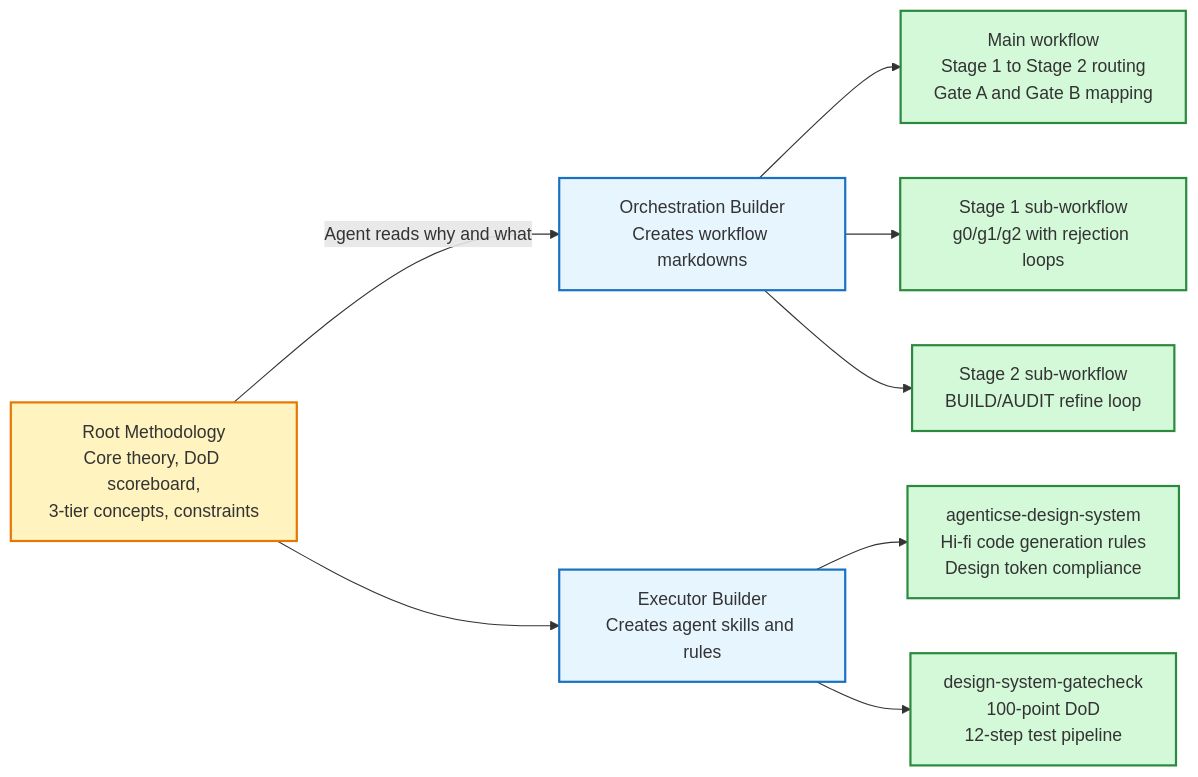
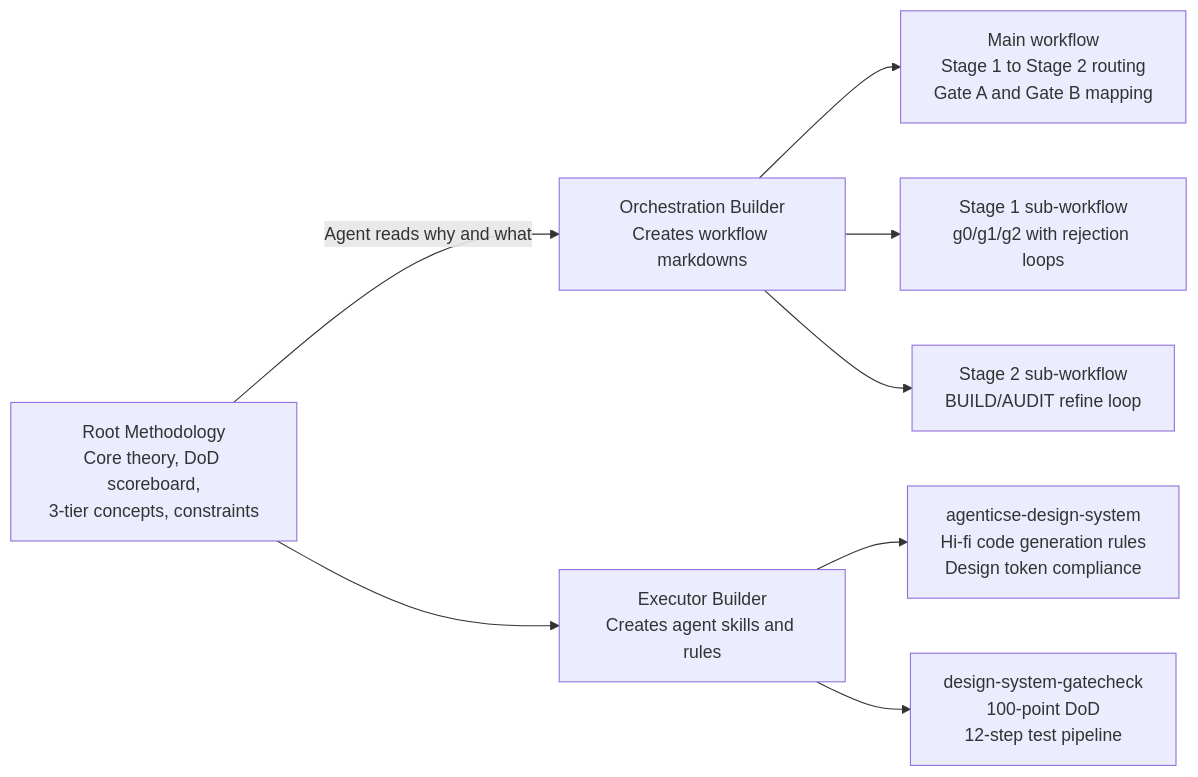
The second of 6 diagrams in docs/researches/spikes/spike-design-system-ralph-loop-agent.md (duyhunghd6/gmind), drawn with Mermaid before and after one commit. The commit also changed other lines of this file, not shown here.

First line of the commit message:
docs(spike): remove CSS styling from mermaid diagrams

````diff
--- a/docs/researches/spikes/spike-design-system-ralph-loop-agent.md
+++ b/docs/researches/spikes/spike-design-system-ralph-loop-agent.md
@@ -69,23 +65,20 @@
 ```mermaid
 flowchart LR
-  classDef source fill:#fff3bf,stroke:#e67700,stroke-width:2px;
-  classDef builder fill:#e7f5ff,stroke:#1971c2,stroke-width:2px;
-  classDef output fill:#d3f9d8,stroke:#2b8a3e,stroke-width:2px;
 
-  Spike["Root Methodology<br/>Core theory, DoD scoreboard,<br/>3-tier concepts, constraints"]:::source
-  Orchestration["Orchestration Builder<br/>Creates workflow markdowns"]:::builder
-  Executor["Executor Builder<br/>Creates agent skills and rules"]:::builder
-  Main["Main workflow<br/>Stage 1 to Stage 2 routing<br/>Gate A and Gate B mapping"]:::output
-  S1["Stage 1 sub-workflow<br/>g0/g1/g2 with rejection loops"]:::output
-  S2["Stage 2 sub-workflow<br/>BUILD/AUDIT refine loop"]:::output
-  Implementor["agenticse-design-system<br/>Hi-fi code generation rules<br/>Design token compliance"]:::output
-  Evaluator["design-system-gatecheck<br/>100-point DoD<br/>12-step test pipeline"]:::output
+  Spike["Root Methodology<br/>Core theory, DoD scoreboard,<br/>3-tier concepts, constraints"]
+  Orchestration["Orchestration Builder<br/>Creates workflow markdowns"]
+  Executor["Executor Builder<br/>Creates agent skills and rules"]
+  Main["Main workflow<br/>Stage 1 to Stage 2 routing<br/>Gate A and Gate B mapping"]
+  S1["Stage 1 sub-workflow<br/>g0/g1/g2 with rejection loops"]
+  S2["Stage 2 sub-workflow<br/>BUILD/AUDIT refine loop"]
+  Implementor["agenticse-design-system<br/>Hi-fi code generation rules<br/>Design token compliance"]
+  Evaluator["design-system-gatecheck<br/>100-point DoD<br/>12-step test pipeline"]
 
   Spike -->|Agent reads why and what| Orchestration
   Spike --> Executor
   Orchestration --> Main
   Orchestration --> S1
   Orchestration --> S2
   Executor --> Implementor
   Executor --> Evaluator
 ```
````
